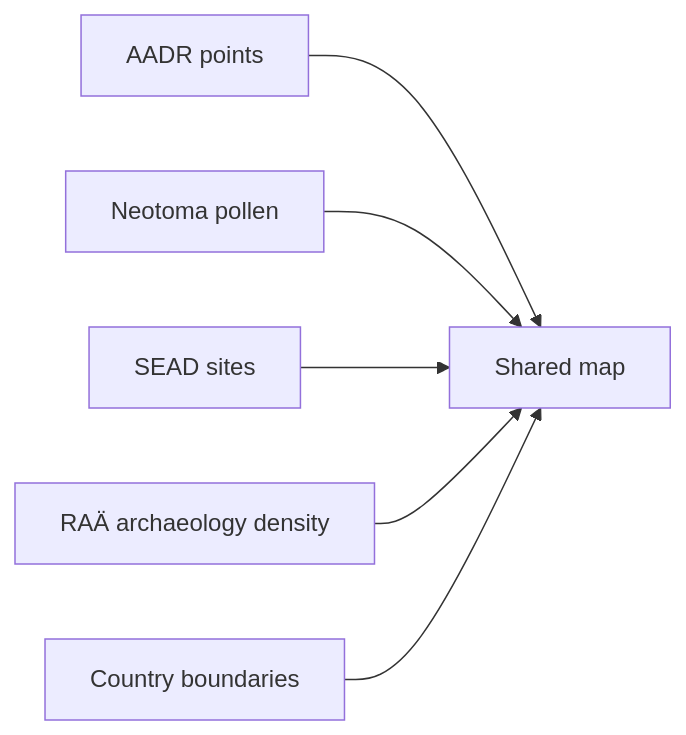
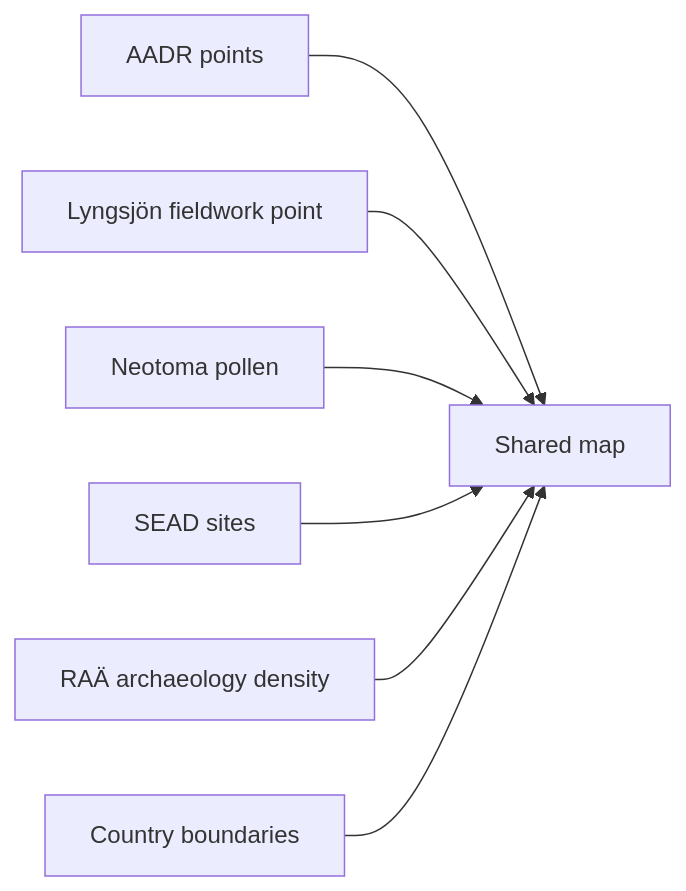
The diagram in docs/04-reports/shared-nordic-map.md (bijux/bijux-pollenomics), drawn with Mermaid before and after one commit. The commit also changed other lines of this file and 7 other files, not shown here.

Commit message:
docs(reports): publish Lyngsjön Lake fieldwork media

````diff
--- a/docs/04-reports/shared-nordic-map.md
+++ b/docs/04-reports/shared-nordic-map.md
@@ -48,8 +49,9 @@
 ```mermaid
 flowchart LR
     AADR[AADR points] --> Map[Shared map]
+    Fieldwork[Lyngsjön fieldwork point] --> Map
     Neotoma[Neotoma pollen] --> Map
     SEAD[SEAD sites] --> Map
     RAA[RAÄ archaeology density] --> Map
     Boundaries[Country boundaries] --> Map
 ```
````
